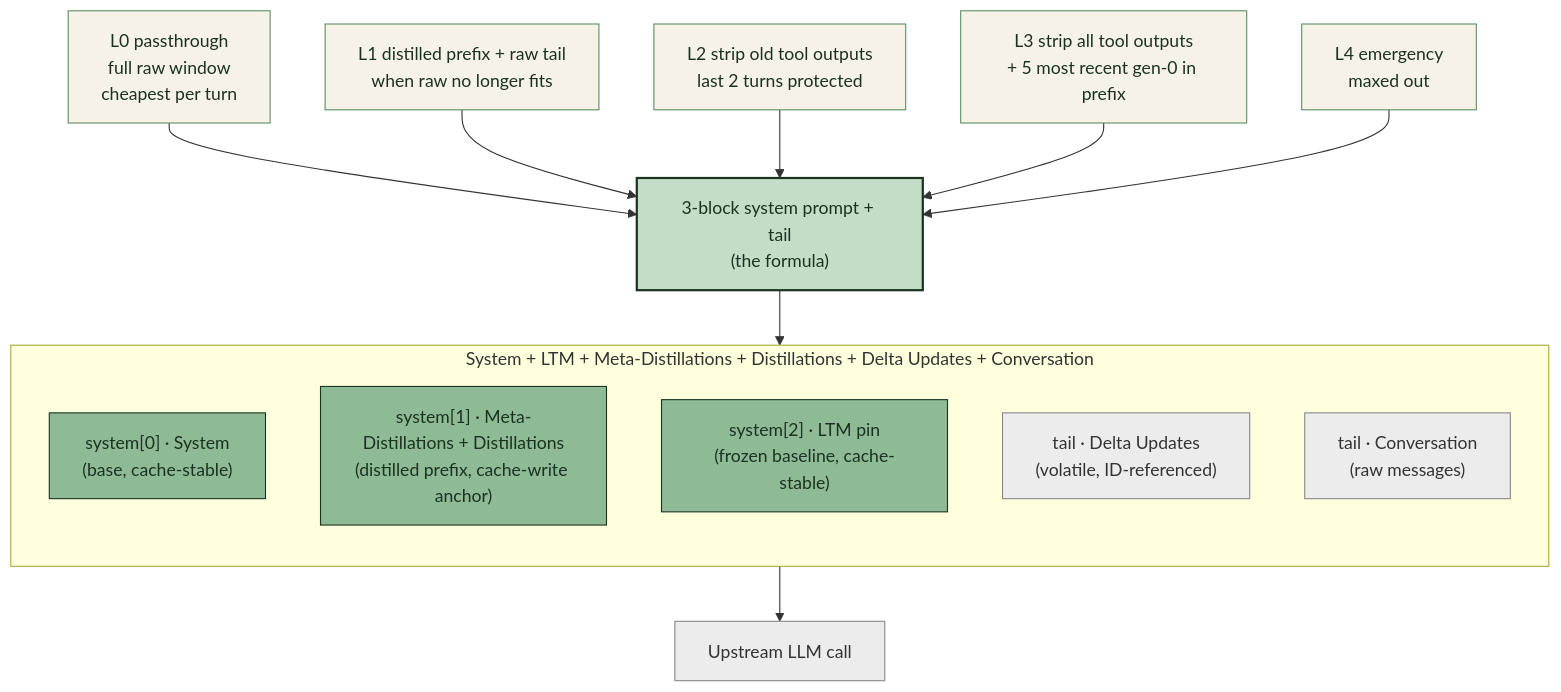
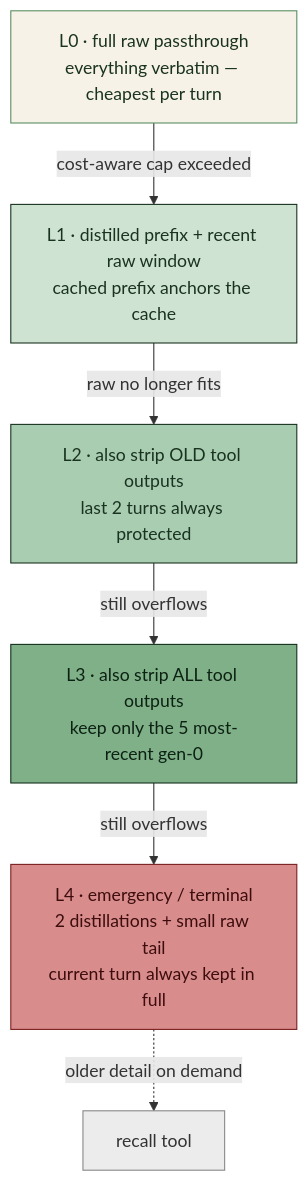
Before and after one commit to BYK/loreai: the fourth of 5 diagrams in packages/website/src/content/docs/docs/architecture.md, drawn with Mermaid. The commit also changed other lines of this file, not shown here.

First line of the commit message:
docs(website): redesign architecture diagrams for readability + fix accuracy

````diff
--- a/packages/website/src/content/docs/docs/architecture.md
+++ b/packages/website/src/content/docs/docs/architecture.md
@@ -159,34 +147,21 @@
 ```mermaid
 flowchart TB
-    L0["L0 passthrough<br/>full raw window<br/>cheapest per turn"]:::layer
-    L1["L1 distilled prefix + raw tail<br/>when raw no longer fits"]:::layer
-    L2["L2 strip old tool outputs<br/>last 2 turns protected"]:::layer
-    L3["L3 strip all tool outputs<br/>+ 5 most recent gen-0 in prefix"]:::layer
-    L4["L4 emergency<br/>maxed out"]:::layer
+    L0["L0 · full raw passthrough<br/>everything verbatim — cheapest per turn"]:::l0
+    L1["L1 · distilled prefix + recent raw window<br/>cached prefix anchors the cache"]:::l1
+    L2["L2 · also strip OLD tool outputs<br/>last 2 turns always protected"]:::l2
+    L3["L3 · also strip ALL tool outputs<br/>keep only the 5 most-recent gen-0"]:::l3
+    L4["L4 · emergency / terminal<br/>2 distillations + small raw tail<br/>current turn always kept in full"]:::l4
 
-    L0 --> Compose
-    L1 --> Compose
-    L2 --> Compose
-    L3 --> Compose
-    L4 --> Compose
+    L0 -->|"cost-aware cap exceeded"| L1
+    L1 -->|"raw no longer fits"| L2
+    L2 -->|"still overflows"| L3
+    L3 -->|"still overflows"| L4
+    L4 -.->|"older detail on demand"| R["recall tool"]:::ext
 
-    Compose["3-block system prompt + tail<br/>(the formula)"]:::compose
-
-    subgraph Formula["System + LTM + Meta-Distillations + Distillations + Delta Updates + Conversation"]
-        direction TB
-        S0["system[0] · System<br/>(base, cache-stable)"]:::sys
-        S1["system[1] · Meta-Distillations + Distillations<br/>(distilled prefix, cache-write anchor)"]:::sys
-        S2["system[2] · LTM pin<br/>(frozen baseline, cache-stable)"]:::sys
-        DU["tail · Delta Updates<br/>(volatile, ID-referenced)"]:::tail
-        C["tail · Conversation<br/>(raw messages)"]:::tail
-    end
-
-    Compose --> Formula
-    Formula --> LLM["Upstream LLM call"]:::ext
-
-    classDef layer fill:#f7f2e8,stroke:#5a8f63,color:#1a3320
-    classDef compose fill:#c4ddc7,stroke:#1a3320,stroke-width:2px,color:#1a3320
-    classDef sys fill:#8fba96,stroke:#1a3320,color:#1a3320
-    classDef tail fill:#ececec,stroke:#888,color:#333
+    classDef l0 fill:#f7f2e8,stroke:#5a8f63,color:#1a3320
+    classDef l1 fill:#cfe3d2,stroke:#1a3320,color:#1a3320
+    classDef l2 fill:#a9cdb0,stroke:#1a3320,color:#1a3320
+    classDef l3 fill:#7fb088,stroke:#14301c,color:#0d2113
+    classDef l4 fill:#d98c8c,stroke:#7a1f1f,color:#3d0d0d
     classDef ext fill:#ececec,stroke:#888,color:#333
 ```
````
